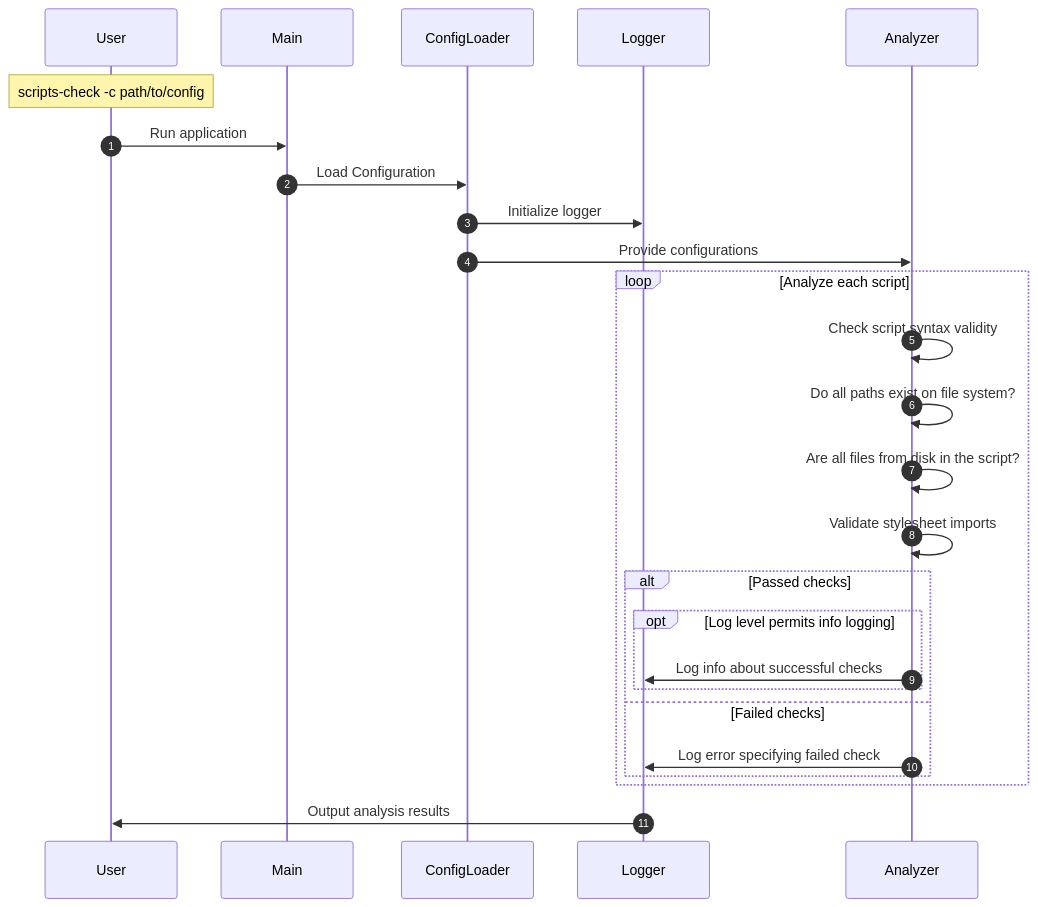
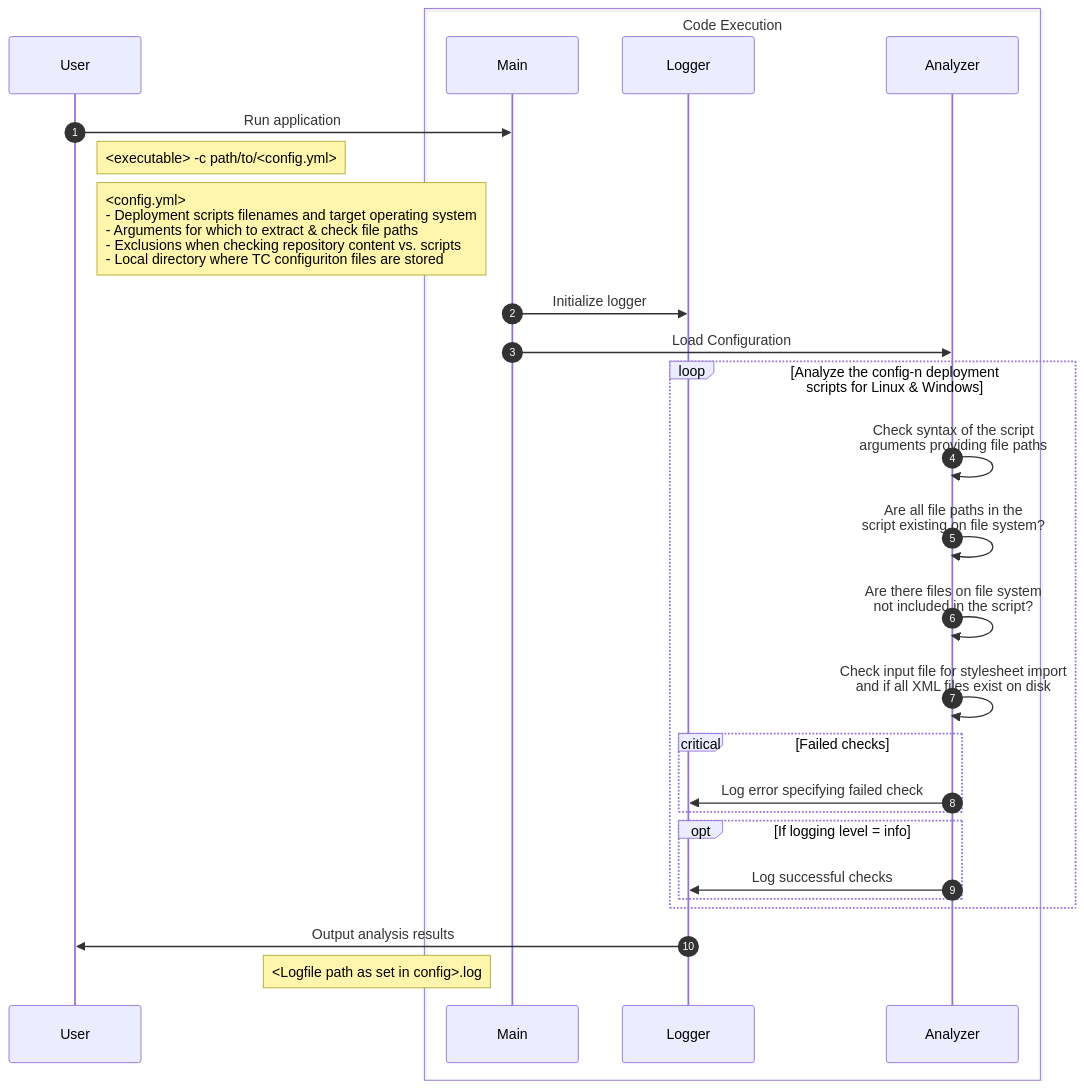
The diagram in readme.md (ananchev/validate-tcx-deploy-script), drawn with Mermaid before and after one commit.

Commit message:
improve the execution flow diagram

````diff
--- a/readme.md
+++ b/readme.md
@@ -2,33 +2,40 @@
 ```mermaid
+---
+config:
+    noteAlign: left
+---
 sequenceDiagram
     autonumber
     participant User
+    box Code Execution
     participant Main
-    participant ConfigLoader
     participant Logger
     participant Analyzer
+    end
 
-    Note over User: scripts-check -c path/to/config
     User->>Main: Run application
-    Main->>ConfigLoader: Load Configuration
-    ConfigLoader->>Logger: Initialize logger
-    ConfigLoader->>Analyzer: Provide configurations
+    Note right of User: <executable> -c path/to/<config.yml>
+    Note right of User: <config.yml> <br> - Deployment scripts filenames and target operating system <br> - Arguments for which to extract & check file paths <br> - Exclusions when checking repository content vs. scripts<br> - Local directory where TC configuriton files are stored
+    
+    Main->>Logger: Initialize logger
+    Main->>Analyzer: Load Configuration
+   
 
-    loop Analyze each script
-        Analyzer->>Analyzer: Check script syntax validity
-        Analyzer->>Analyzer: Do all paths exist on file system?
-        Analyzer->>Analyzer: Are all files from disk in the script?
-        Analyzer->>Analyzer: Validate stylesheet imports
+    
 
-        alt Passed checks
-            opt Log level permits info logging
-                Analyzer->>Logger: Log info about successful checks
-            end
-        else Failed checks
+    loop Analyze the config-n deployment scripts for Linux & Windows
+        Analyzer->>Analyzer: Check syntax of the script <br> arguments providing file paths
+        Analyzer->>Analyzer: Are all file paths in the <br> script existing on file system?
+        Analyzer->>Analyzer: Are there files on file system <br> not included in the script?
+        Analyzer->>Analyzer: Check input file for stylesheet import <br> and if all XML files exist on disk
+        critical Failed checks
             Analyzer->>Logger: Log error specifying failed check
         end
+        opt If logging level = info
+                Analyzer->>Logger: Log successful checks
+        end
+
     end
-
     Logger->>User: Output analysis results
-    
+    Note left of Main: <Logfile path as set in config>.log
 ```
````
